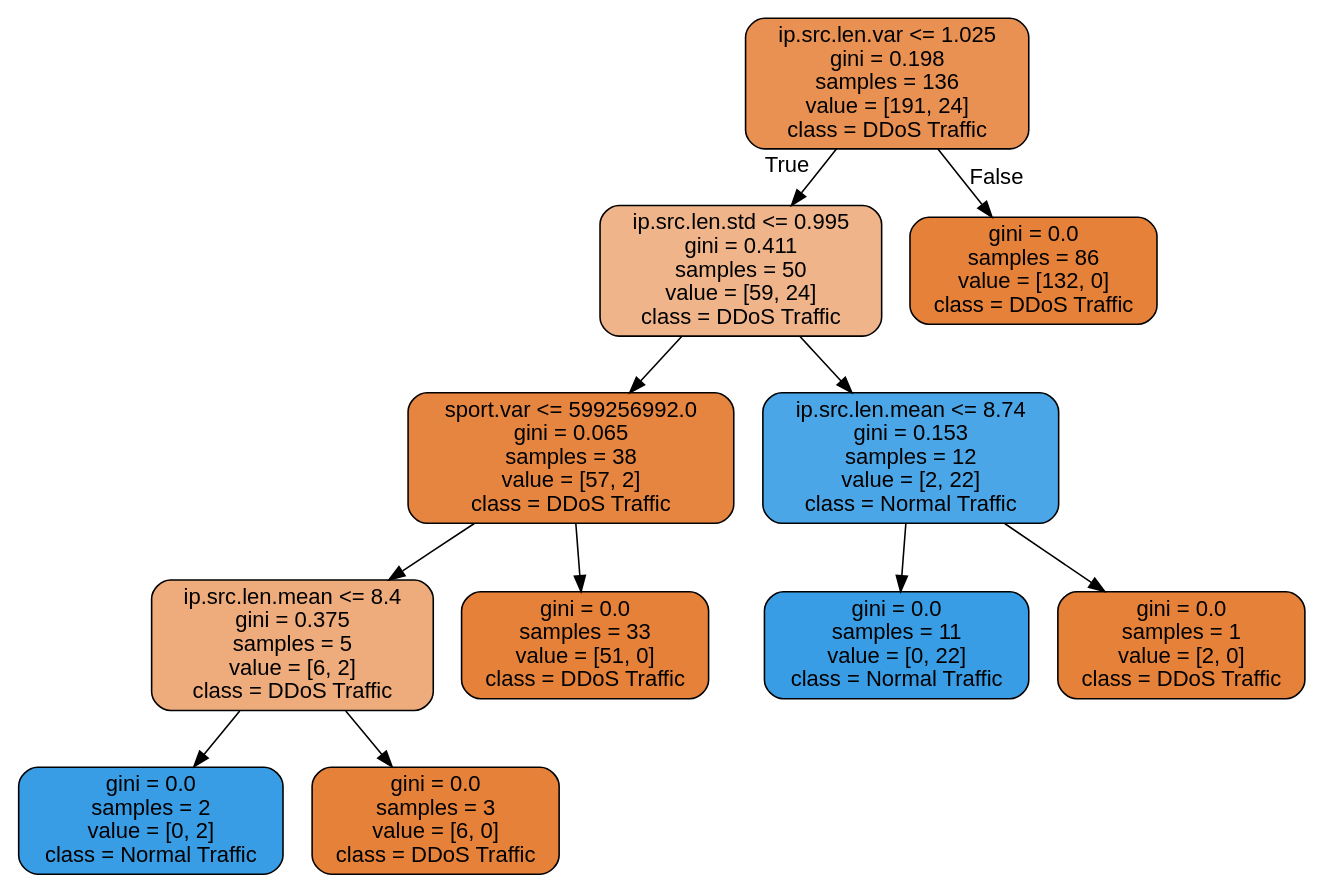
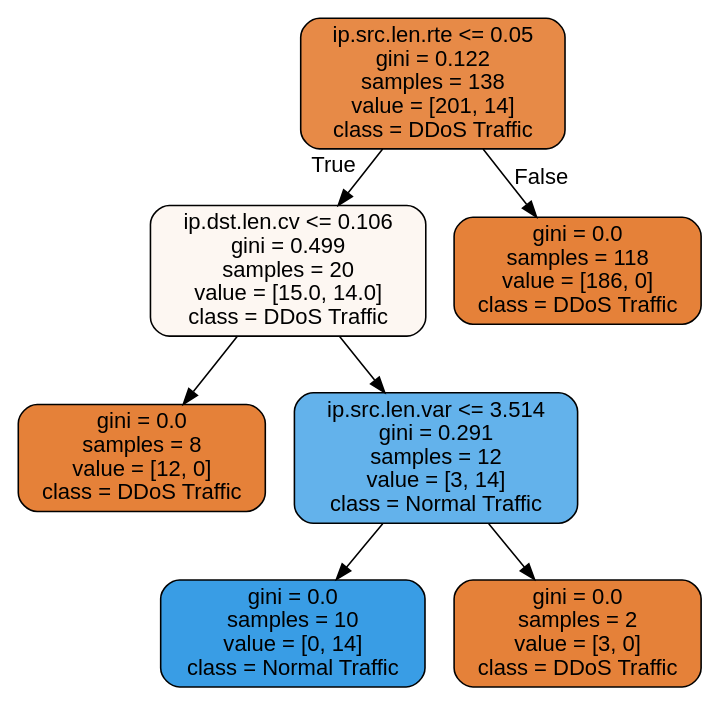
Before and after one commit to raghiahaidari/Cyber-Threat-Detection-with-ML: the diagram in backend/machine_learning/forest.dot, drawn with Graphviz. The commit also changed 4 other files, not shown here.

```diff
--- a/backend/machine_learning/forest.dot
+++ b/backend/machine_learning/forest.dot
@@ -1,25 +1,17 @@
 digraph Tree {
 node [shape=box, style="filled, rounded", color="black", fontname="helvetica"] ;
 edge [fontname="helvetica"] ;
-0 [label="ip.src.len.var <= 1.025\ngini = 0.198\nsamples = 136\nvalue = [191, 24]\nclass = DDoS Traffic", fillcolor="#e89152"] ;
-1 [label="ip.src.len.std <= 0.995\ngini = 0.411\nsamples = 50\nvalue = [59, 24]\nclass = DDoS Traffic", fillcolor="#f0b48a"] ;
+0 [label="ip.src.len.rte <= 0.05\ngini = 0.122\nsamples = 138\nvalue = [201, 14]\nclass = DDoS Traffic", fillcolor="#e78a47"] ;
+1 [label="ip.dst.len.cv <= 0.106\ngini = 0.499\nsamples = 20\nvalue = [15.0, 14.0]\nclass = DDoS Traffic", fillcolor="#fdf7f2"] ;
 0 -> 1 [labeldistance=2.5, labelangle=45, headlabel="True"] ;
-2 [label="sport.var <= 599256992.0\ngini = 0.065\nsamples = 38\nvalue = [57, 2]\nclass = DDoS Traffic", fillcolor="#e68540"] ;
+2 [label="gini = 0.0\nsamples = 8\nvalue = [12, 0]\nclass = DDoS Traffic", fillcolor="#e58139"] ;
 1 -> 2 ;
-3 [label="ip.src.len.mean <= 8.4\ngini = 0.375\nsamples = 5\nvalue = [6, 2]\nclass = DDoS Traffic", fillcolor="#eeab7b"] ;
-2 -> 3 ;
-4 [label="gini = 0.0\nsamples = 2\nvalue = [0, 2]\nclass = Normal Traffic", fillcolor="#399de5"] ;
+3 [label="ip.src.len.var <= 3.514\ngini = 0.291\nsamples = 12\nvalue = [3, 14]\nclass = Normal Traffic", fillcolor="#63b2eb"] ;
+1 -> 3 ;
+4 [label="gini = 0.0\nsamples = 10\nvalue = [0, 14]\nclass = Normal Traffic", fillcolor="#399de5"] ;
 3 -> 4 ;
-5 [label="gini = 0.0\nsamples = 3\nvalue = [6, 0]\nclass = DDoS Traffic", fillcolor="#e58139"] ;
+5 [label="gini = 0.0\nsamples = 2\nvalue = [3, 0]\nclass = DDoS Traffic", fillcolor="#e58139"] ;
 3 -> 5 ;
-6 [label="gini = 0.0\nsamples = 33\nvalue = [51, 0]\nclass = DDoS Traffic", fillcolor="#e58139"] ;
-2 -> 6 ;
-7 [label="ip.src.len.mean <= 8.74\ngini = 0.153\nsamples = 12\nvalue = [2, 22]\nclass = Normal Traffic", fillcolor="#4ba6e7"] ;
-1 -> 7 ;
-8 [label="gini = 0.0\nsamples = 11\nvalue = [0, 22]\nclass = Normal Traffic", fillcolor="#399de5"] ;
-7 -> 8 ;
-9 [label="gini = 0.0\nsamples = 1\nvalue = [2, 0]\nclass = DDoS Traffic", fillcolor="#e58139"] ;
-7 -> 9 ;
-10 [label="gini = 0.0\nsamples = 86\nvalue = [132, 0]\nclass = DDoS Traffic", fillcolor="#e58139"] ;
-0 -> 10 [labeldistance=2.5, labelangle=-45, headlabel="False"] ;
+6 [label="gini = 0.0\nsamples = 118\nvalue = [186, 0]\nclass = DDoS Traffic", fillcolor="#e58139"] ;
+0 -> 6 [labeldistance=2.5, labelangle=-45, headlabel="False"] ;
 }
```
